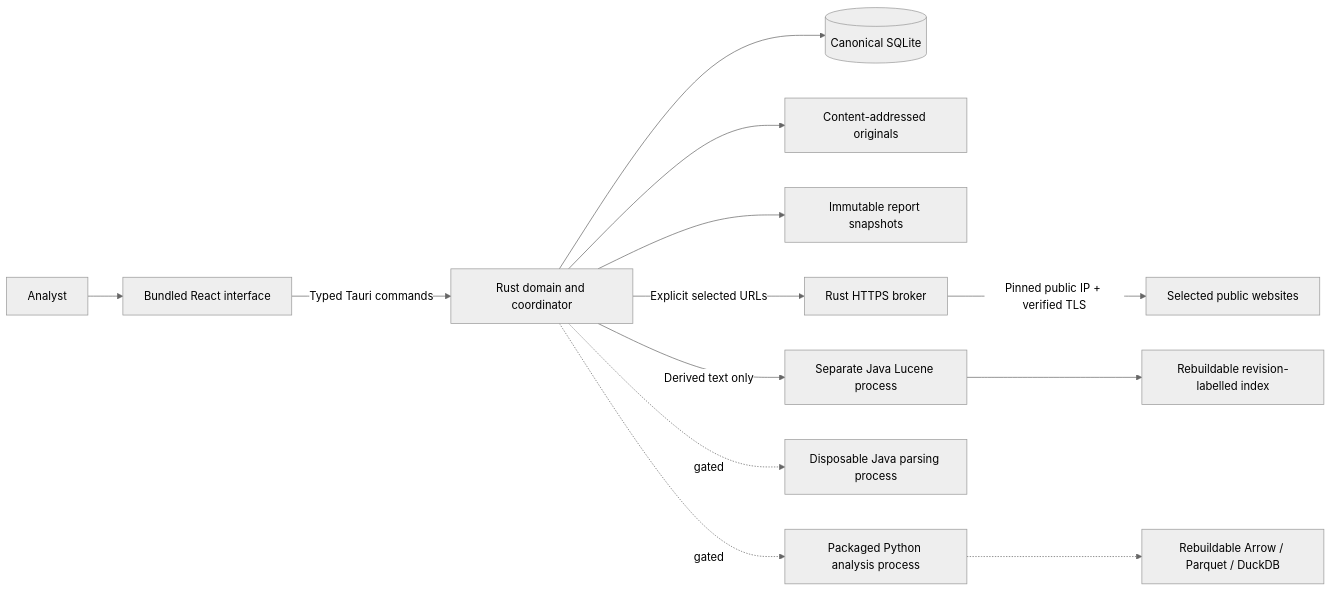
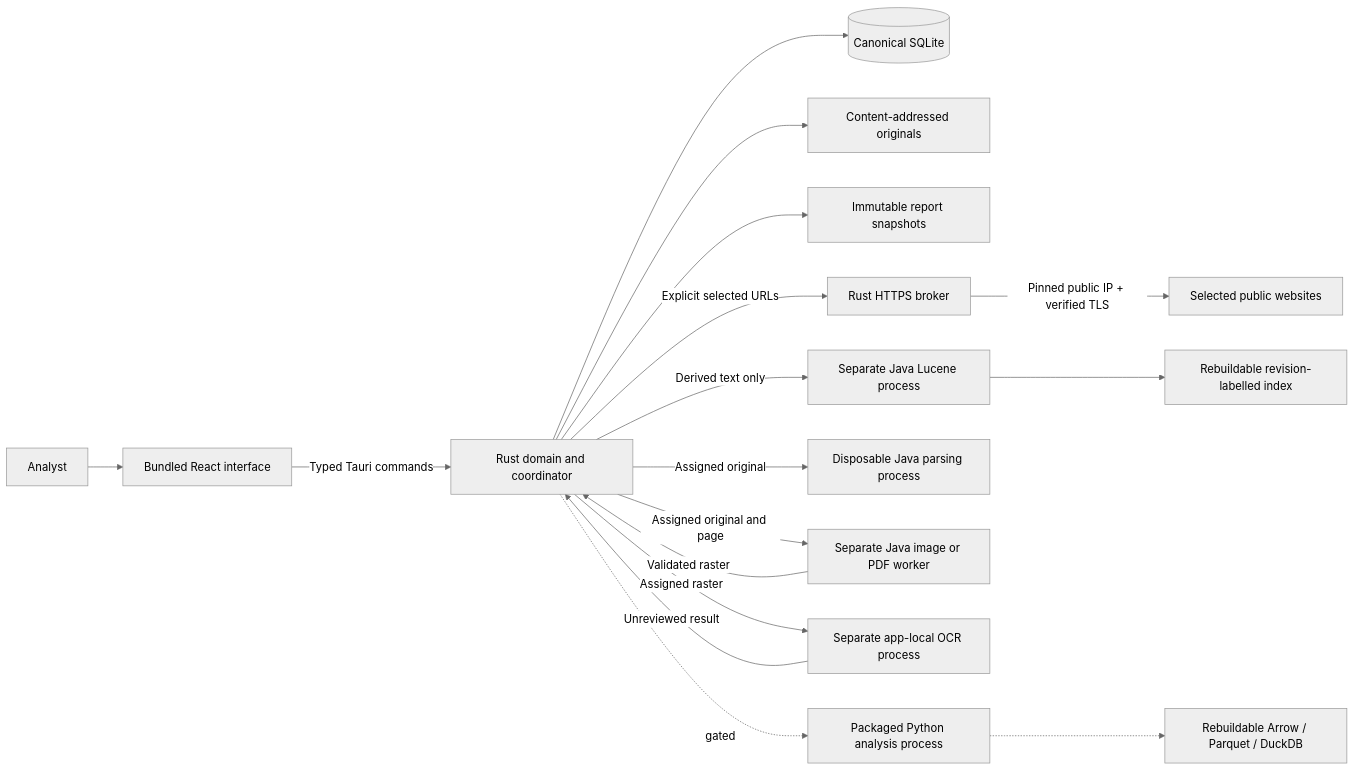
Before and after one commit to Venin-Client-Systems/entity-workbench: the diagram in docs/ARCHITECTURE.md, drawn with Mermaid (neutral theme). The commit also changed other lines of this file and 2 other files, not shown here.

Commit message:
Refresh development architecture and bundled-worker guidance

````diff
--- a/docs/ARCHITECTURE.md
+++ b/docs/ARCHITECTURE.md
@@ -3,15 +3,19 @@
 ```mermaid
 flowchart LR
   Analyst --> UI[Bundled React interface]
   UI -->|Typed Tauri commands| Rust[Rust domain and coordinator]
   Rust --> DB[(Canonical SQLite)]
   Rust --> Originals[Content-addressed originals]
   Rust --> Snapshots[Immutable report snapshots]
   Rust -->|Explicit selected URLs| Broker[Rust HTTPS broker]
   Broker -->|Pinned public IP + verified TLS| Web[Selected public websites]
   Rust -->|Derived text only| Search[Separate Java Lucene process]
   Search --> Index[Rebuildable revision-labelled index]
-  Rust -. gated .-> Parser[Disposable Java parsing process]
+  Rust -->|Assigned original| Parser[Disposable Java parsing process]
+  Rust -->|Assigned original and page| Decode[Separate Java image or PDF worker]
+  Decode -->|Validated raster| Rust
+  Rust -->|Assigned raster| OCR[Separate app-local OCR process]
+  OCR -->|Unreviewed result| Rust
   Rust -. gated .-> Analysis[Packaged Python analysis process]
   Analysis -.-> Parquet[Rebuildable Arrow / Parquet / DuckDB]
 ```
````
